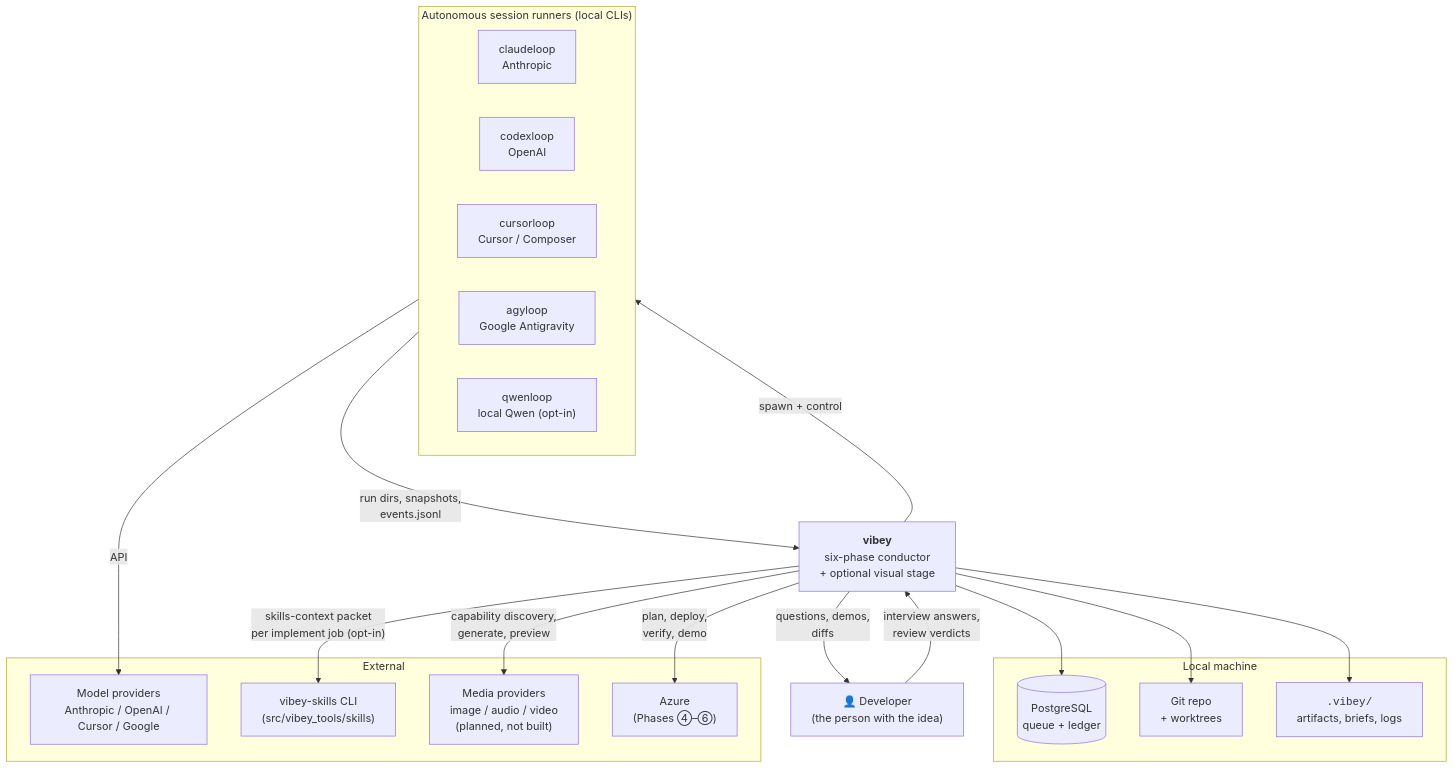
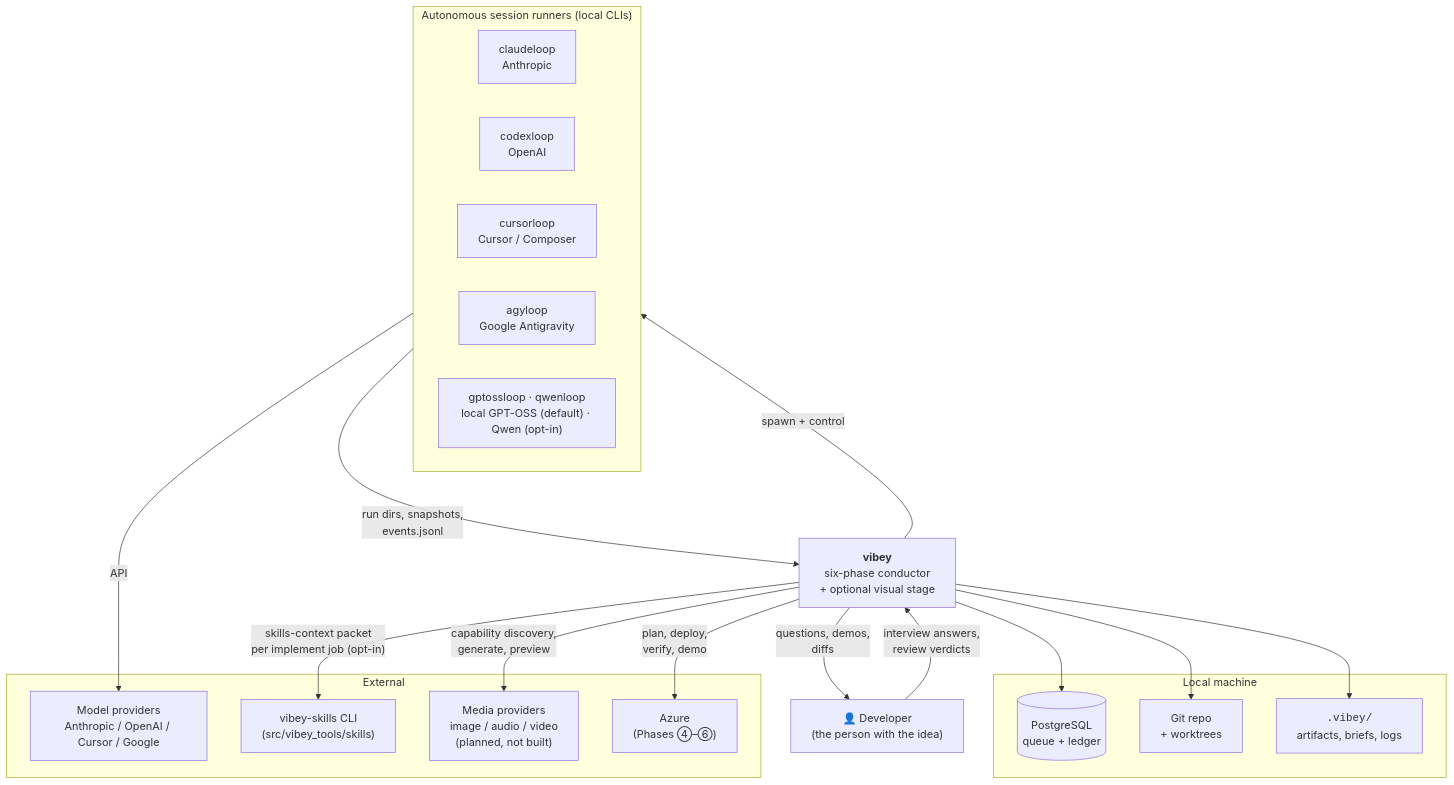
The first of 6 diagrams in docs/plans/architecture-and-roadmap.md (the-vibey-project/vibey), drawn with Mermaid before and after one commit. The commit also changed other lines of this file and 167 other files, not shown here.

First line of the commit message:
feat(engines)!: gptossloop is the sovereign engine, and qwenloop is its opt-in Qwen twin (#1146)

````diff
--- a/docs/plans/architecture-and-roadmap.md
+++ b/docs/plans/architecture-and-roadmap.md
@@ -114,38 +122,38 @@
 ```mermaid
 graph TB
     User["👤 Developer<br/>(the person with the idea)"]
     Vibey["<b>vibey</b><br/>six-phase conductor<br/>+ optional visual stage"]
 
     subgraph Engines["Autonomous session runners (local CLIs)"]
         CL["claudeloop<br/>Anthropic"]
         XL["codexloop<br/>OpenAI"]
         UL["cursorloop<br/>Cursor / Composer"]
         AL["agyloop<br/>Google Antigravity"]
-        QL["qwenloop<br/>local Qwen (opt-in)"]
+        QL["gptossloop · qwenloop<br/>local GPT-OSS (default) · Qwen (opt-in)"]
     end
 
     subgraph Local["Local machine"]
         PG[("PostgreSQL<br/>queue + ledger")]
         Git["Git repo<br/>+ worktrees"]
         FS["<code>.vibey/</code><br/>artifacts, briefs, logs"]
     end
 
     subgraph External["External"]
         Providers["Model providers<br/>Anthropic / OpenAI / Cursor / Google"]
         Market["vibey-skills CLI<br/>(src/vibey_tools/skills)"]
         Media["Media providers<br/>image / audio / video<br/>(planned, not built)"]
         Azure["Azure<br/>(Phases ④–⑥)"]
     end
 
     User -->|"interview answers,<br/>review verdicts"| Vibey
     Vibey -->|"questions, demos,<br/>diffs"| User
     Vibey -->|"spawn + control"| Engines
     Engines -->|"run dirs, snapshots,<br/>events.jsonl"| Vibey
     Engines -->|API| Providers
     Vibey -->|"capability discovery,<br/>generate, preview"| Media
     Vibey --> PG
     Vibey --> Git
     Vibey --> FS
     Vibey -->|"skills-context packet<br/>per implement job (opt-in)"| Market
     Vibey -->|"plan, deploy,<br/>verify, demo"| Azure
 ```
````
